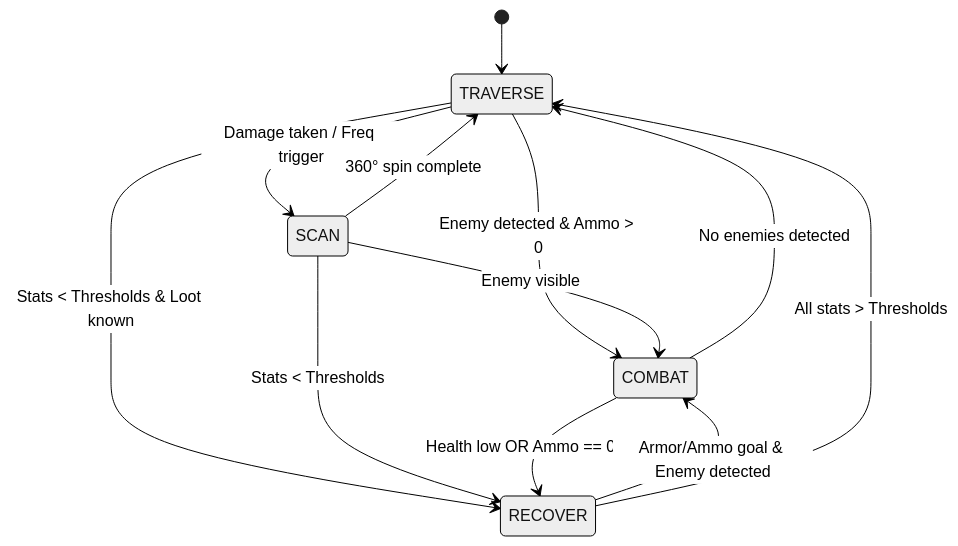
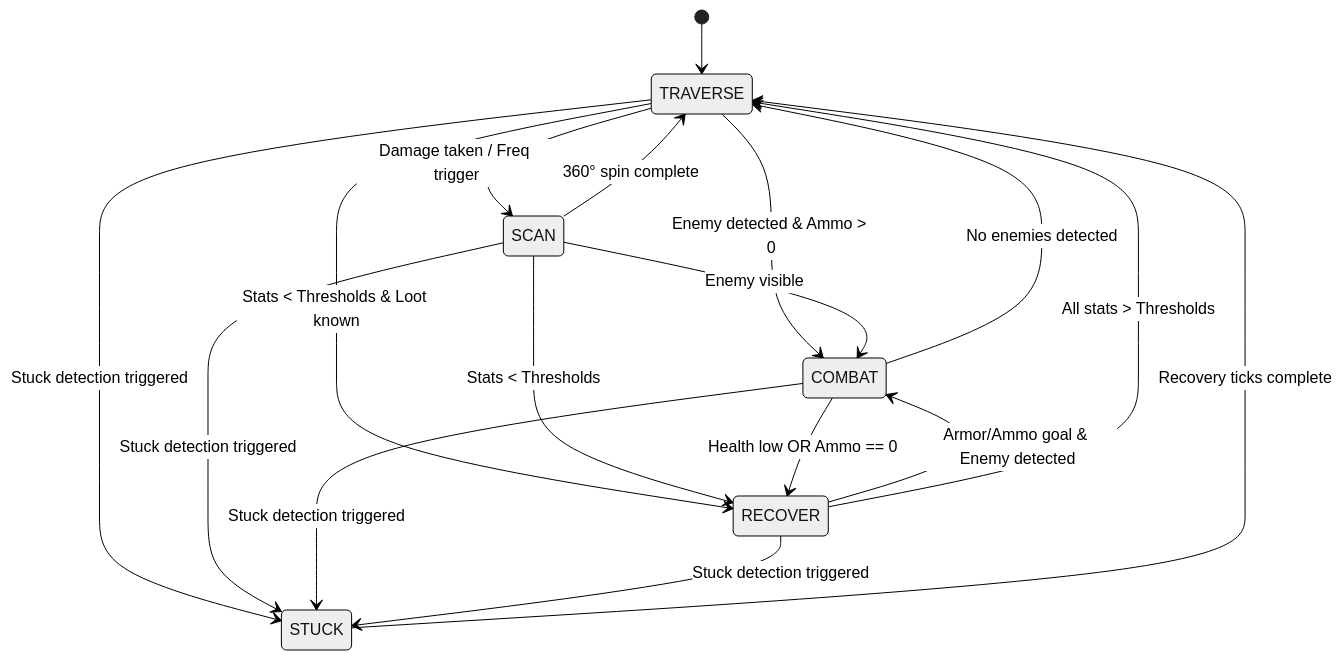
One commit to aidanpb9/doom-agent changed the diagram in docs/execution_algo_design.md. Above: the diagram before and after it, drawn with Mermaid (neutral theme). The commit also changed other lines of this file and 3 other files, not shown here.

````diff
--- a/docs/execution_algo_design.md
+++ b/docs/execution_algo_design.md
@@ -37,18 +39,24 @@
 ```mermaid
 stateDiagram-v2
     [*] --> TRAVERSE
 
+    TRAVERSE --> STUCK : Stuck detection triggered
     TRAVERSE --> SCAN : Damage taken / Freq trigger
     TRAVERSE --> COMBAT : Enemy detected & Ammo > 0
     TRAVERSE --> RECOVER : Stats < Thresholds & Loot known
 
+    SCAN --> STUCK : Stuck detection triggered
     SCAN --> COMBAT : Enemy visible
     SCAN --> RECOVER : Stats < Thresholds
     SCAN --> TRAVERSE : 360° spin complete
 
+    COMBAT --> STUCK : Stuck detection triggered
     COMBAT --> RECOVER : Health low OR Ammo == 0
     COMBAT --> TRAVERSE : No enemies detected
 
+    RECOVER --> STUCK : Stuck detection triggered
     RECOVER --> COMBAT : Armor/Ammo goal & Enemy detected
     RECOVER --> TRAVERSE : All stats > Thresholds
+
+    STUCK --> TRAVERSE : Recovery ticks complete
 ```
````
